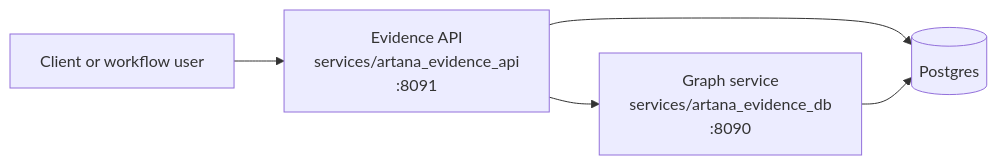
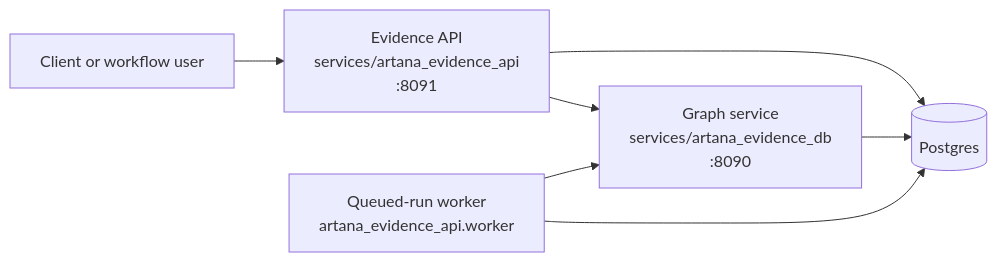
One commit to med13foundation/artana-evidence-platform changed the first of 2 diagrams in README.md. Above: the diagram before and after it, drawn with Mermaid. The commit also changed other lines of this file, not shown here.

````diff
--- a/README.md
+++ b/README.md
@@ -33,7 +123,9 @@
 ```mermaid
 flowchart LR
     Client["Client or workflow user"] --> API["Evidence API<br/>services/artana_evidence_api<br/>:8091"]
     API --> DB["Graph service<br/>services/artana_evidence_db<br/>:8090"]
     API --> PG[("Postgres")]
+    Worker["Queued-run worker<br/>artana_evidence_api.worker"] --> PG
+    Worker --> DB
     DB --> PG
 ```
````
